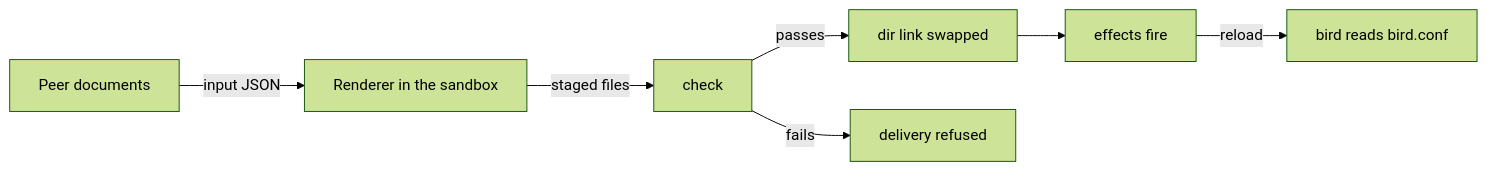
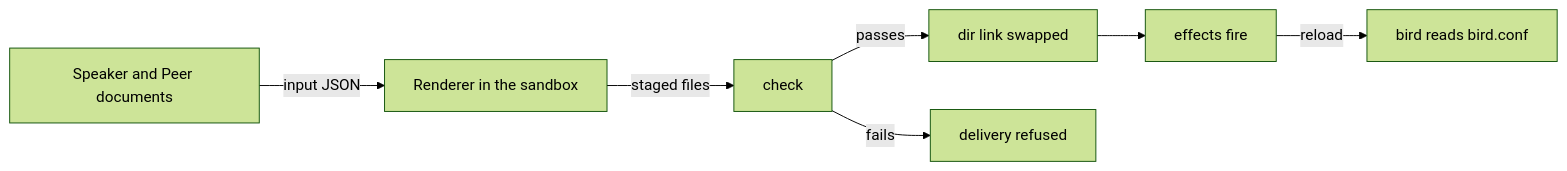
The diagram in docs/build/render-config.md (trevex/chalkos), drawn with Mermaid (forest theme) before and after one commit. The commit also changed other lines of this file and 37 other files, not shown here.

````diff
--- a/docs/build/render-config.md
+++ b/docs/build/render-config.md
@@ -50,9 +50,9 @@
 ```mermaid
 flowchart LR
-    docs["Peer documents"] -->|input JSON| render["Renderer in the sandbox"]
+    docs["Speaker and Peer documents"] -->|input JSON| render["Renderer in the sandbox"]
     render -->|staged files| check["check"]
     check -->|passes| swap["dir link swapped"]
     check -->|fails| refuse["delivery refused"]
     swap --> effects["effects fire"]
     effects -->|reload| bird["bird reads bird.conf"]
 ```
````
